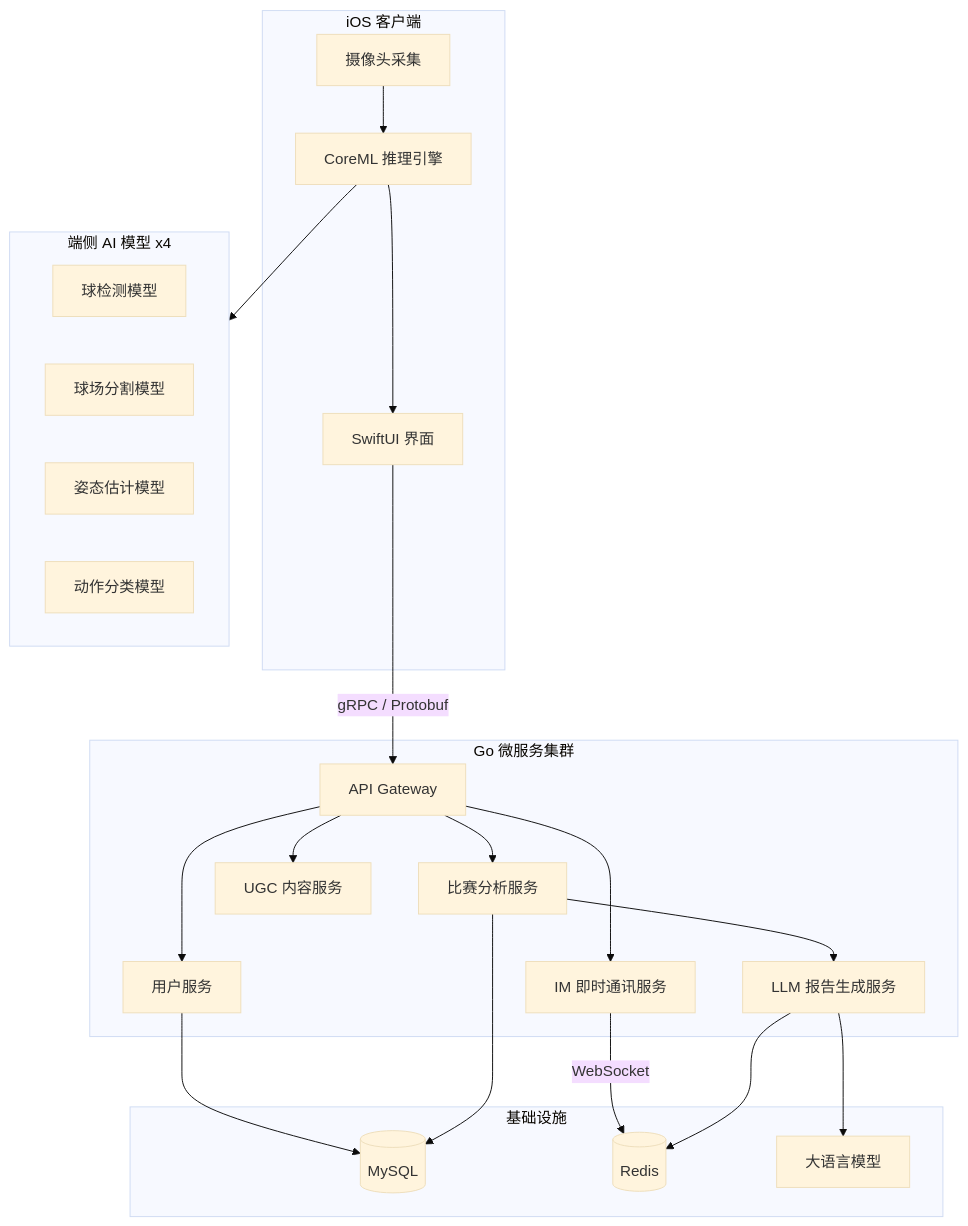
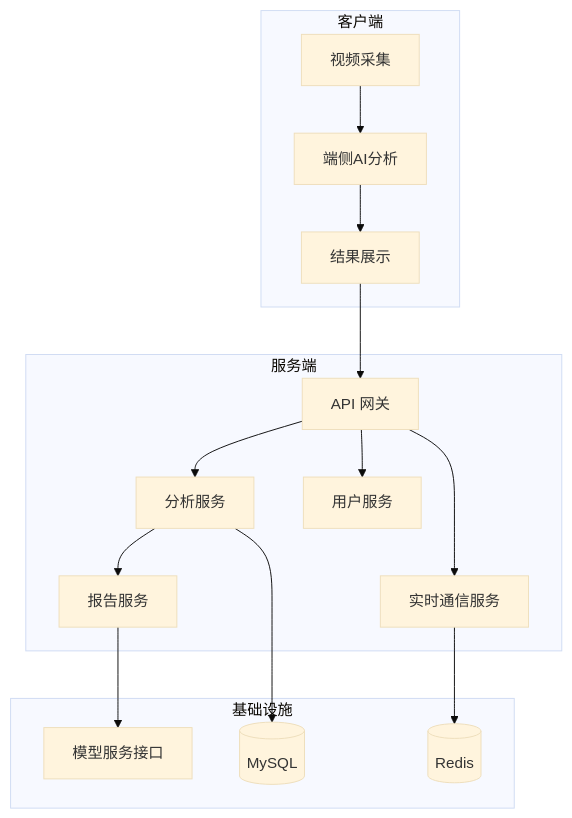
Before and after one commit to liogogogo/tennis-ai-showcase: the diagram in README.md, drawn with Mermaid (base theme). The commit also changed other lines of this file, not shown here.

````diff
--- a/README.md
+++ b/README.md
@@ -40,45 +30,32 @@
 ```mermaid
 graph TB
-    subgraph client [iOS 客户端]
-        Camera[摄像头采集]
-        CoreML[CoreML 推理引擎]
-        SwiftUI[SwiftUI 界面]
-        Camera --> CoreML
-        CoreML --> SwiftUI
+    subgraph client [客户端]
+        Capture[视频采集]
+        DeviceAI[端侧AI分析]
+        UI[结果展示]
+        Capture --> DeviceAI --> UI
     end
 
-    subgraph ai_models [端侧 AI 模型 x4]
-        BallDetect[球检测模型]
-        CourtSeg[球场分割模型]
-        Pose[姿态估计模型]
-        Action[动作分类模型]
-    end
-
-    subgraph backend [Go 微服务集群]
-        Gateway[API Gateway]
-        UserSvc[用户服务]
-        MatchSvc[比赛分析服务]
-        IMSvc[IM 即时通讯服务]
-        UGCSvc[UGC 内容服务]
-        LLMSvc[LLM 报告生成服务]
+    subgraph backend [服务端]
+        Gateway[API 网关]
+        Analysis[分析服务]
+        User[用户服务]
+        Realtime[实时通信服务]
+        Report[报告服务]
     end
 
     subgraph infra [基础设施]
-        MySQL[(MySQL)]
-        Redis[(Redis)]
-        LLM[大语言模型]
+        DB[(MySQL)]
+        Cache[(Redis)]
+        ModelAPI[模型服务接口]
     end
 
-    CoreML --> ai_models
-    SwiftUI -->|gRPC / Protobuf| Gateway
-    Gateway --> UserSvc
-    Gateway --> MatchSvc
-    Gateway --> IMSvc
-    Gateway --> UGCSvc
-    MatchSvc --> LLMSvc
-    LLMSvc --> LLM
-    UserSvc --> MySQL
-    MatchSvc --> MySQL
-    IMSvc -->|WebSocket| Redis
-    LLMSvc --> Redis
+    UI --> Gateway
+    Gateway --> Analysis
+    Gateway --> User
+    Gateway --> Realtime
+    Analysis --> Report
+    Analysis --> DB
+    Realtime --> Cache
+    Report --> ModelAPI
 ```
````
